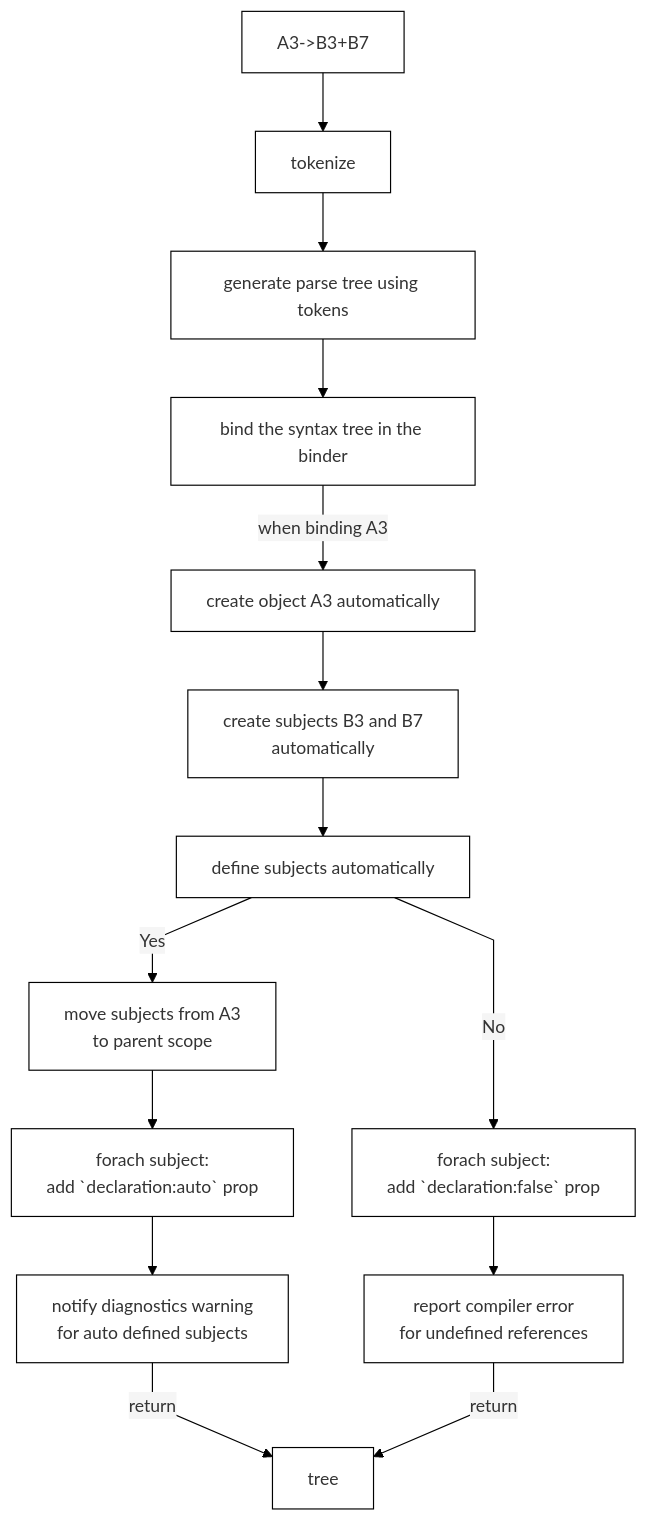
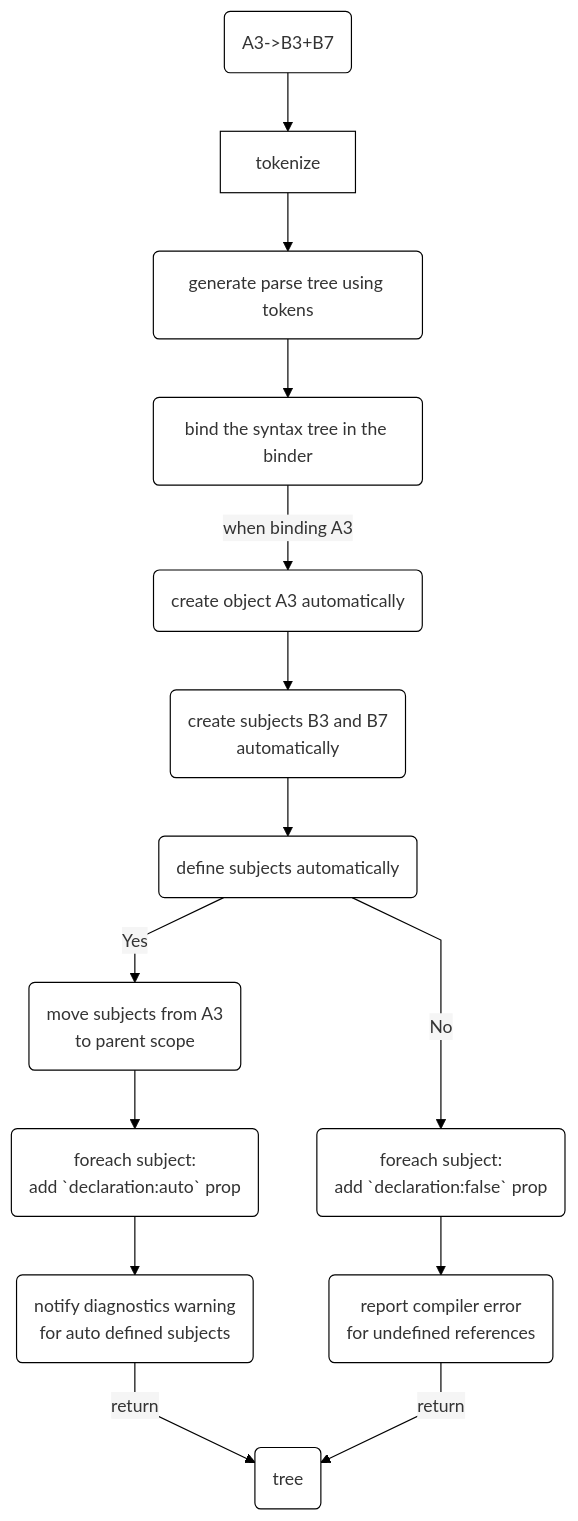
One commit to ardiannm/thick-kingfisher-69 changed the diagram in flow.mmd. Above: the diagram before and after it, drawn with Mermaid.

Commit message:
dev: round borders for the mmd flowchart

```diff
--- a/flow.mmd
+++ b/flow.mmd
@@ -1,44 +1,44 @@
 %%{
   init: {
     'theme': 'base',
     'flowchart': { 'curve': 'linear' },
     'themeVariables': {
       'darkMode': false,
       'primaryColor': '#ffaacc',
       'fontSize': '15px',
       'lineColor': '#000',
       'edgeLabelBackground': 'whitesmoke'
     }
   }
 }%%
 
 flowchart TD
-    provideInput[A3->B3+B7]
+    provideInput(A3->B3+B7)
     tokenize
-    parseTokens[generate parse tree using tokens]
-    binder[bind the syntax tree in the binder]
-    createObject[create object A3 automatically]
-    createSubjects[create subjects B3 and B7<br/>automatically]
-    define[define subjects automatically]
-    error[report compiler error <br/> for undefined references]
-    move[move subjects from A3 <br/> to parent scope]
-    type[forach subject: <br/> add `declaration:auto` prop]
-    notify[notify diagnostics warning <br/> for auto defined subjects]
-    declarationFalse[forach subject: <br/> add `declaration:false` prop]
-    tree[tree]
+    parseTokens(generate parse tree using tokens)
+    binder(bind the syntax tree in the binder)
+    createObject(create object A3 automatically)
+    createSubjects(create subjects B3 and B7<br/>automatically)
+    define(define subjects automatically)
+    error(report compiler error <br/> for undefined references)
+    move(move subjects from A3 <br/> to parent scope)
+    type(foreach subject: <br/> add `declaration:auto` prop)
+    notify(notify diagnostics warning <br/> for auto defined subjects)
+    declarationFalse(foreach subject: <br/> add `declaration:false` prop)
+    tree(tree)
 
     provideInput --> tokenize
     tokenize --> parseTokens
     parseTokens --> binder
     binder -->|when binding A3| createObject
     createObject --> createSubjects
     createSubjects --> define
     define -->|Yes| move
     move --> type
     type --> notify
     notify -->|return| tree
     define -->|No| declarationFalse 
     declarationFalse --> error 
     error -->|return| tree
 
     classDef default fill:transparent,stroke:#000
```
